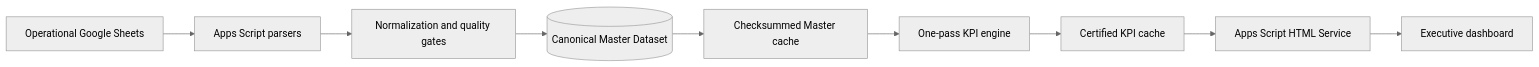
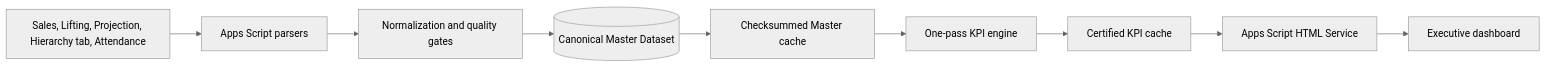
Before and after one commit to itsmebillah/Sales-Dashboard: the diagram in README.md, drawn with Mermaid (neutral theme). The commit also changed other lines of this file and 25 other files, not shown here.

Commit message:
feat: integrate canonical hierarchy and attendance

````diff
--- a/README.md
+++ b/README.md
@@ -43,11 +46,11 @@
 ```mermaid
 flowchart LR
-    Sources[Operational Google Sheets] --> Parsers[Apps Script parsers]
+    Sources[Sales, Lifting, Projection, Hierarchy tab, Attendance] --> Parsers[Apps Script parsers]
     Parsers --> Quality[Normalization and quality gates]
     Quality --> Master[(Canonical Master Dataset)]
     Master --> MasterCache[Checksummed Master cache]
     MasterCache --> KPI[One-pass KPI engine]
     KPI --> KpiCache[Certified KPI cache]
     KpiCache --> HTML[Apps Script HTML Service]
     HTML --> Dashboard[Executive dashboard]
 ```
````
